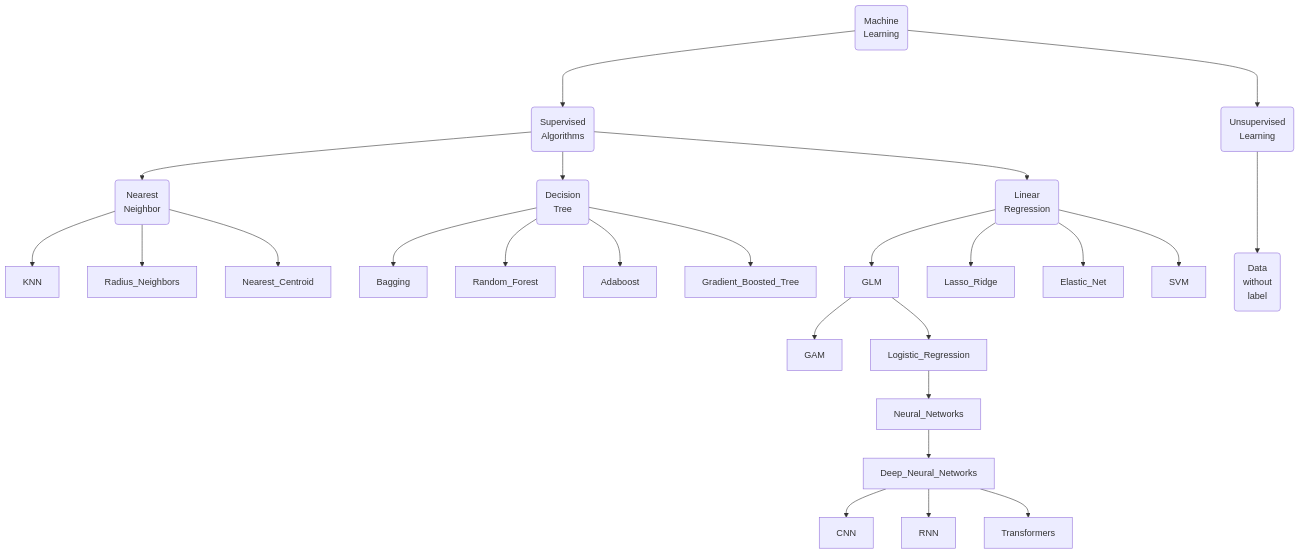
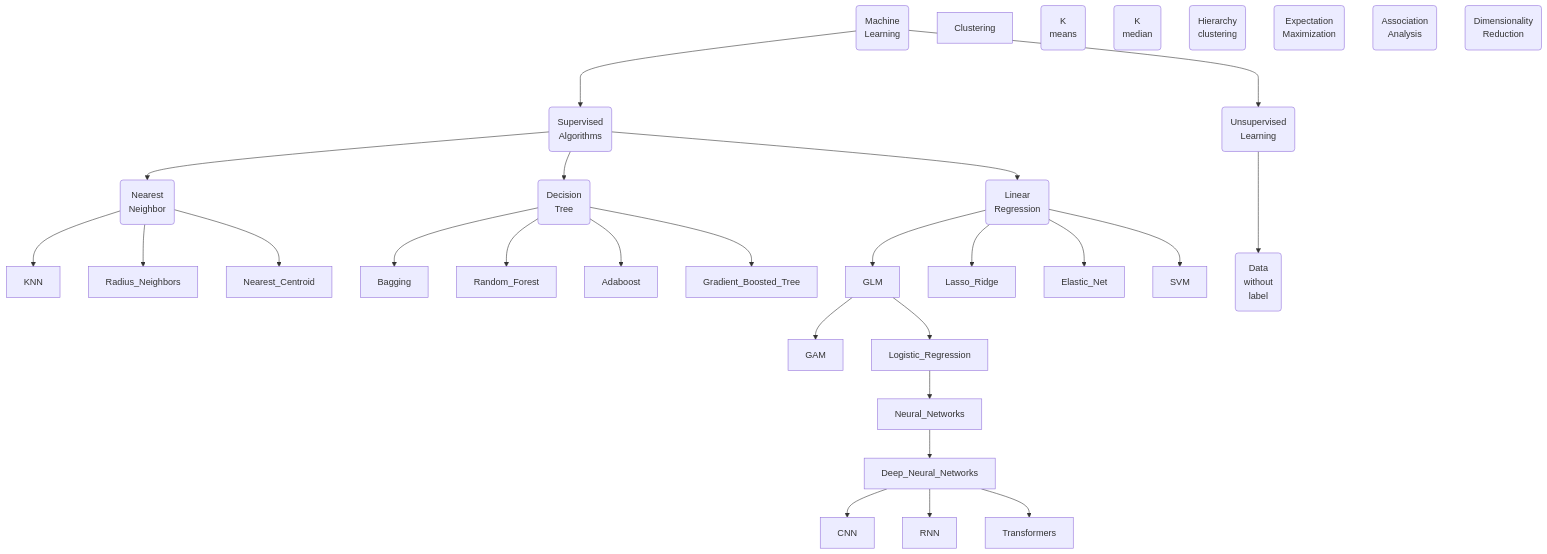
The diagram in ML_Tree.md (hwetsman/Public_Notes), drawn with Mermaid before and after one commit.

Commit message:
Refactor: add clustering entities

`````diff
--- a/ML_Tree.md
+++ b/ML_Tree.md
@@ -1,36 +1,46 @@
 ````mermaid
 flowchart TB
   Machine_Learning(Machine<br>Learning)
   Supervised(Supervised<br>Algorithms)
     Supervised-->Nearest(Nearest<br>Neighbor)
       Machine_Learning--->Supervised
     Nearest --> KNN
     Nearest --> Radius_Neighbors
     Nearest --> Nearest_Centroid
     Supervised --> Decision(Decision<br>Tree)
     Decision --> Bagging
     Decision --> Random_Forest
     Decision --> Adaboost
     Decision --> Gradient_Boosted_Tree
     Supervised --> Linear(Linear<br>Regression)
     Linear --> GLM
     GLM --> GAM
     GLM --> Logistic_Regression
     Logistic_Regression --> Neural_Networks
     Neural_Networks --> Deep_Neural_Networks
     Deep_Neural_Networks --> CNN
     Deep_Neural_Networks --> RNN
     Deep_Neural_Networks --> Transformers
     Linear --> Lasso_Ridge
     Linear --> Elastic_Net
     Linear --> SVM
 
     Unsupervised(Unsupervised<br>Learning)
       Machine_Learning--->Unsupervised
         Data(Data<br>without<br>label)
         Unsupervised--->Data
+
+        Clustering
+          K_mean(K<br>means)
+          K_med(K<br>median)
+          hierarchy(Hierarchy<br>clustering)
+          Expectation(Expectation<br>Maximization)
+
+        Association(Association<br>Analysis)
+
+        Dimension(Dimensionality<br>Reduction)
       
 
 
 
 ````
`````
